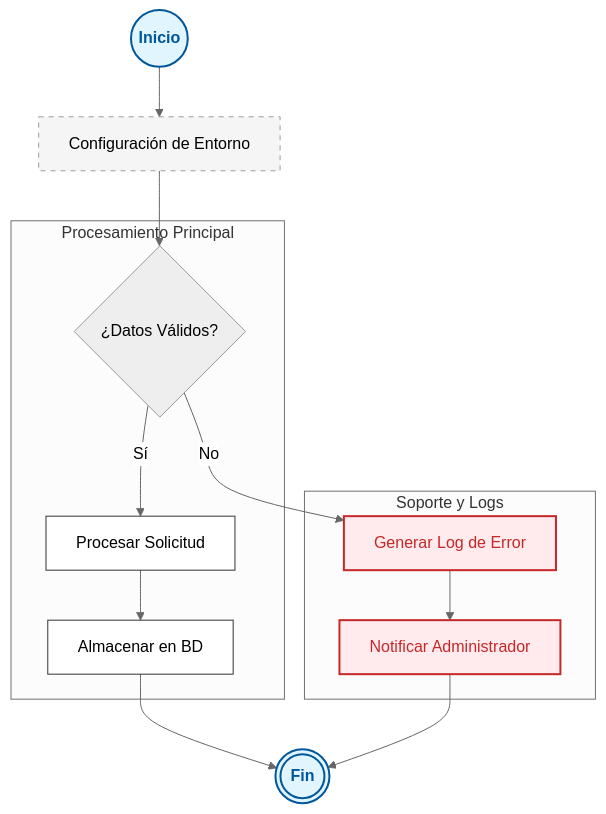
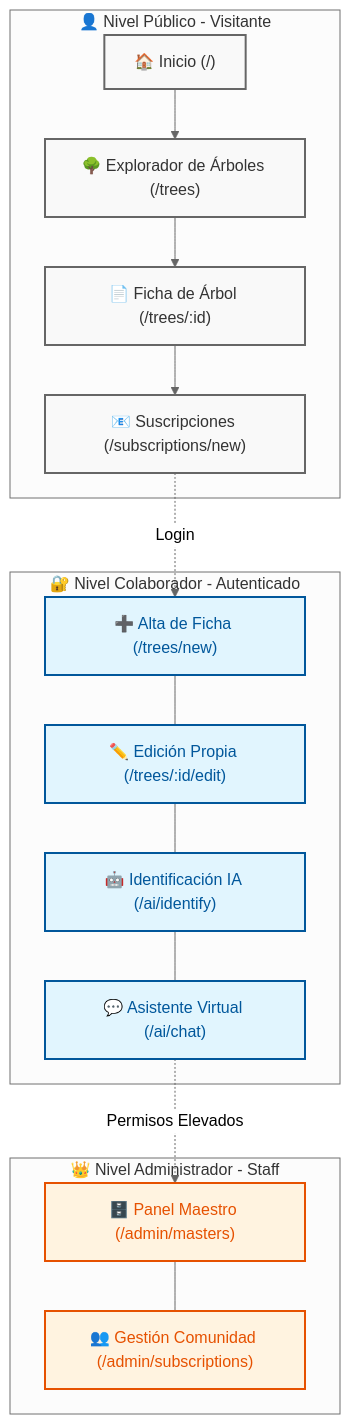
The second of 19 diagrams in readme.md (LIDR-academy/AI4Devs-finalproject), drawn with Mermaid (neutral theme) before and after one commit.

Commit message:
Se actualiza diseño navegación

````diff
--- a/readme.md
+++ b/readme.md
@@ -121,31 +121,49 @@
 ```mermaid
 graph TD
-    %% Definición de Estilos (Clases)
-    classDef principal fill:#e1f5fe,stroke:#01579b,stroke-width:2px,color:#01579b,font-weight:bold
-    classDef proceso fill:#ffffff,stroke:#333,stroke-width:1px
-    classDef critico fill:#ffebee,stroke:#c62828,stroke-width:2px,color:#c62828
-    classDef soporte fill:#f5f5f5,stroke:#9e9e9e,stroke-dasharray: 5 5
+    %% Definición de Estilos
+    classDef publico fill:#f9f9f9,stroke:#666,stroke-width:2px,color:#333
+    classDef colaborador fill:#e1f5fe,stroke:#01579b,stroke-width:2px,color:#01579b
+    classDef admin fill:#fff3e0,stroke:#e65100,stroke-width:2px,color:#e65100
+    classDef folder fill:#eee,stroke:#999,stroke-dasharray: 5 5
 
-    %% Estructura del Diagrama
-    Start((Inicio)) --> Init[Configuración de Entorno]
-    Init --> Decision{¿Datos Válidos?}
-
-    subgraph Operaciones_Core [Procesamiento Principal]
-        Decision -- Sí --> Proc1[Procesar Solicitud]
-        Proc1 --> Proc2[Almacenar en BD]
+    %% Nivel Público
+    subgraph Nivel_Publico [👤 Nivel Público - Visitante]
+        Inicio["🏠 Inicio (/)"]
+        Explorador["🌳 Explorador de Árboles (/trees)"]
+        Ficha["📄 Ficha de Árbol (/trees/:id)"]
+        Suscripcion["📧 Suscripciones (/subscriptions/new)"]
     end
 
-    subgraph Gestion_Errores [Soporte y Logs]
-        Decision -- No --> Error[Generar Log de Error]
-        Error --> Alert[Notificar Administrador]
+    %% Nivel Colaborador
+    subgraph Nivel_Colaborador [🔐 Nivel Colaborador - Autenticado]
+        Alta["➕ Alta de Ficha (/trees/new)"]
+        Edit["✏️ Edición Propia (/trees/:id/edit)"]
+        Identificador["🤖 Identificación IA (/ai/identify)"]
+        Chat["💬 Asistente Virtual (/ai/chat)"]
     end
 
-    Proc2 --> End(((Fin)))
-    Alert --> End
+    %% Nivel Administrador
+    subgraph Nivel_Admin [👑 Nivel Administrador - Staff]
+        Masters["🗄️ Panel Maestro (/admin/masters)"]
+        Comunidad["👥 Gestión Comunidad (/admin/subscriptions)"]
+    end
 
-    %% Aplicación de Estilos a Nodos
-    class Start,End principal
-    class Proc1,Proc2 proceso
-    class Error,Alert critico
-    class Init soporte
+    %% Relaciones de Acceso
+    Inicio --> Explorador
+    Explorador --> Ficha
+    Ficha --> Suscripcion
+    
+    %% Conexiones entre niveles
+    Suscripcion -.->|Login| Alta
+    Alta --- Edit
+    Edit --- Identificador
+    Identificador --- Chat
+
+    Chat -.->|Permisos Elevados| Masters
+    Masters --- Comunidad
+
+    %% Aplicación de Clases
+    class Inicio,Explorador,Ficha,Suscripcion publico
+    class Alta,Edit,Identificador,Chat colaborador
+    class Masters,Comunidad admin
 ```
````
